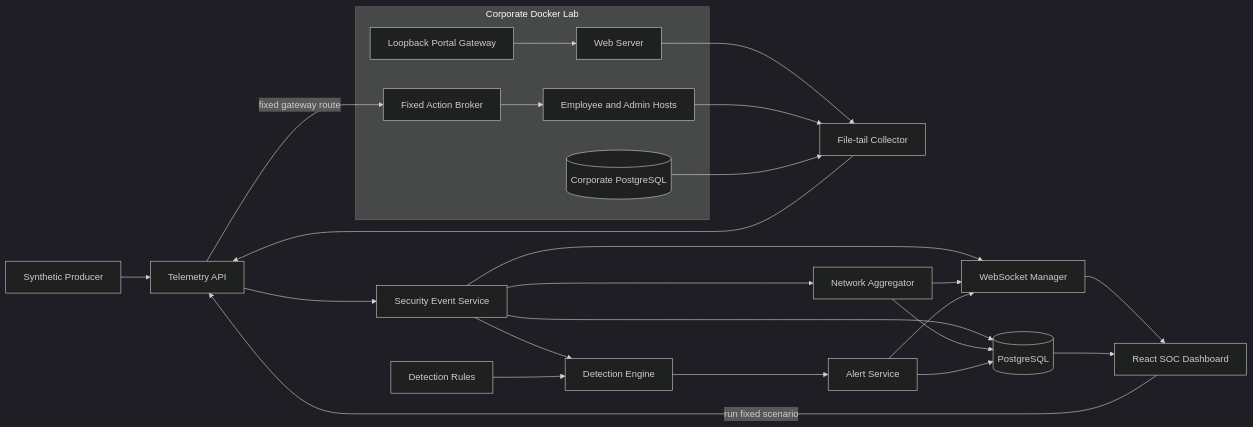
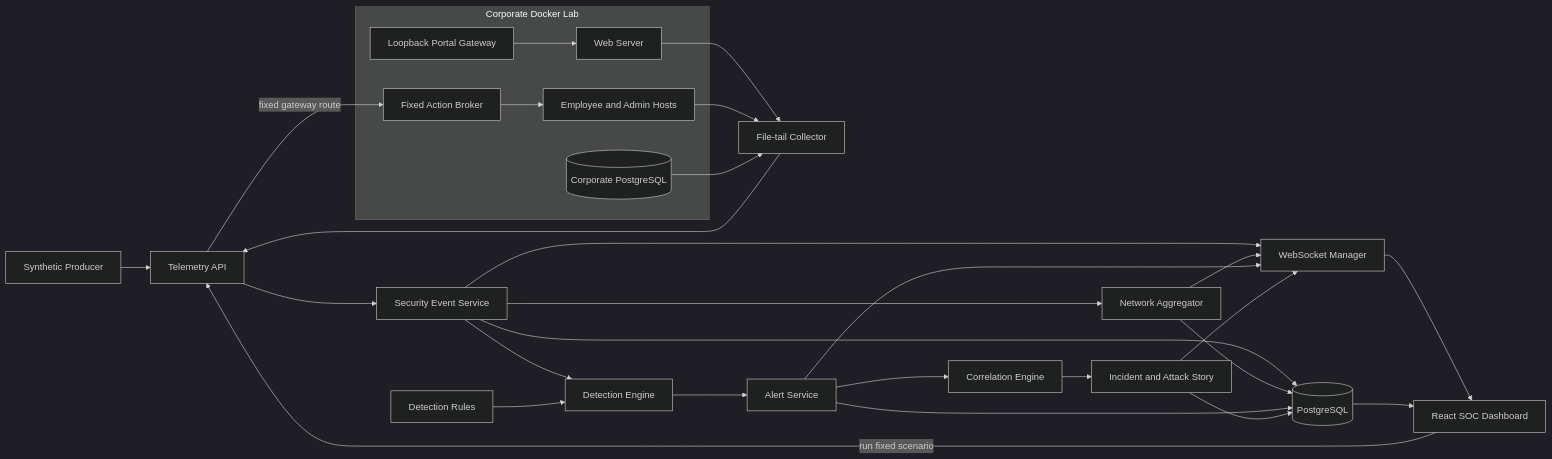
One commit to Mayroskapnos/sentinel-security-platform changed the first of 4 diagrams in docs/architecture.md. Above: the diagram before and after it, drawn with Mermaid (dark theme). The commit also changed other lines of this file and 65 other files, not shown here.

Commit message:
feat: implement incident correlation and attack story reconstruction

````diff
--- a/docs/architecture.md
+++ b/docs/architecture.md
@@ -7,44 +7,50 @@
 ```mermaid
 flowchart LR
     Producer[Synthetic Producer]
     subgraph Lab[Corporate Docker Lab]
         Gateway[Loopback Portal Gateway]
         Simulator[Fixed Action Broker]
         Web[Web Server]
         Hosts[Employee and Admin Hosts]
         LabDB[(Corporate PostgreSQL)]
     end
     Collector[File-tail Collector]
     Ingest[Telemetry API]
     Events[Security Event Service]
     DB[(PostgreSQL)]
     Engine[Detection Engine]
     Rules[Detection Rules]
     Alerts[Alert Service]
+    Correlation[Correlation Engine]
+    Incidents[Incident and Attack Story]
     Network[Network Aggregator]
     WS[WebSocket Manager]
     UI[React SOC Dashboard]
 
     Producer --> Ingest
     UI -->|run fixed scenario| Ingest
     Ingest -->|fixed gateway route| Simulator
     Simulator --> Hosts
     Gateway --> Web
     Web --> Collector
     Hosts --> Collector
     LabDB --> Collector
     Collector --> Ingest
     Ingest --> Events
     Events --> DB
     Events --> WS
     Events --> Network
     Network --> DB
     Network --> WS
     Events --> Engine
     Rules --> Engine
     Engine --> Alerts
     Alerts --> DB
     Alerts --> WS
+    Alerts --> Correlation
+    Correlation --> Incidents
+    Incidents --> DB
+    Incidents --> WS
     WS --> UI
     DB --> UI
 ```
````
